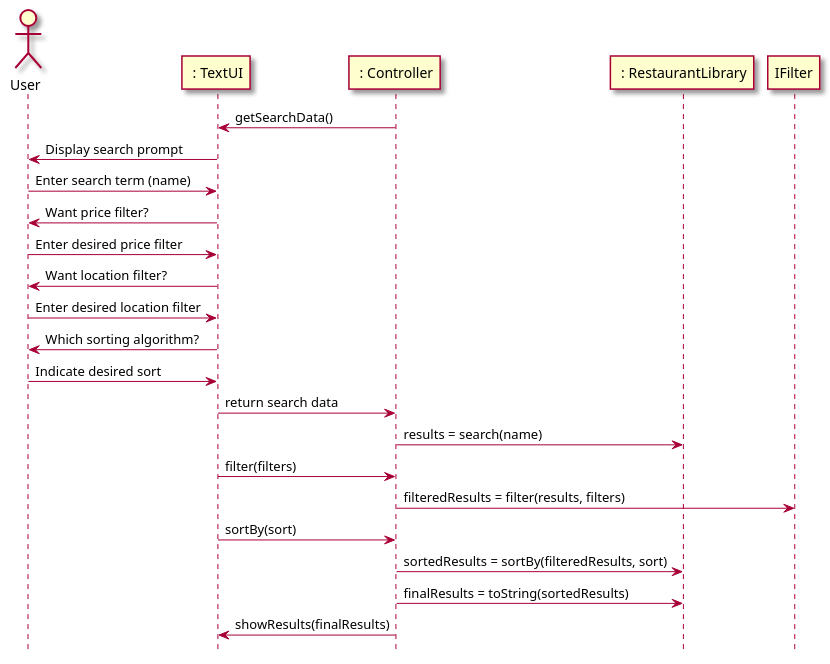
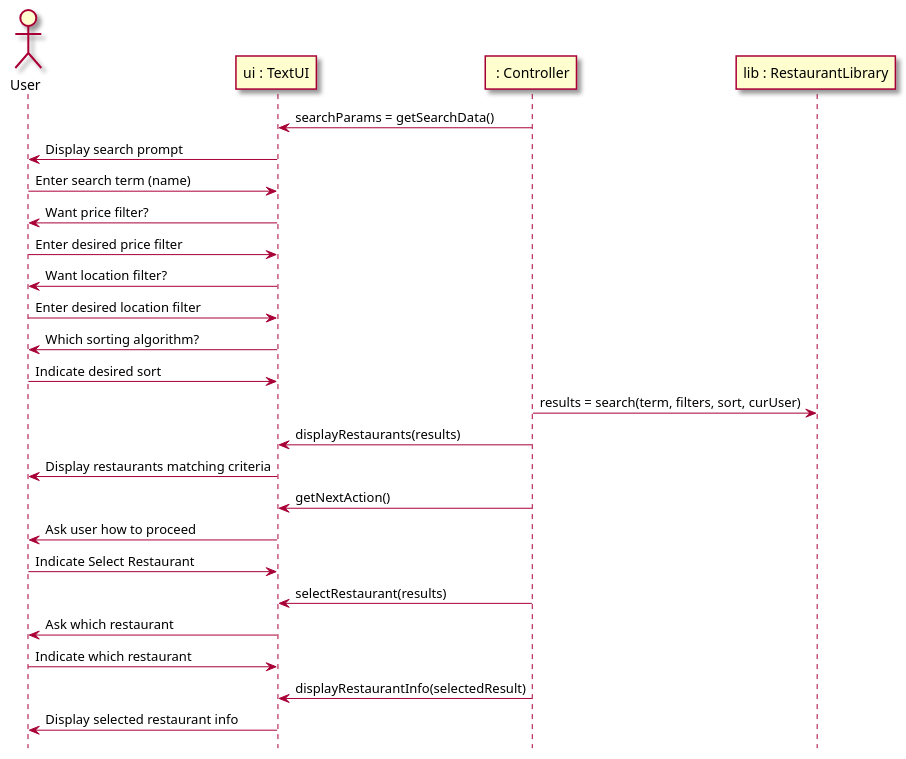
The first of 3 diagrams in intellij/doc/design.md (tanwasp/LunchBox-Android), drawn with PlantUML before and after one commit. The commit also changed other lines of this file and 1 other file, not shown here.

Commit message:
Sequence diagrams

````diff
--- a/intellij/doc/design.md
+++ b/intellij/doc/design.md
@@ -5,31 +5,33 @@
 ```plantuml
 @startuml
 hide footbox
 skin rose
 
 actor User as user
-participant " : TextUI" as ui
+participant "ui : TextUI" as ui
 participant " : Controller" as controller
-participant " : RestaurantLibrary" as lib
+participant "lib : RestaurantLibrary" as lib
 
-controller -> ui: getSearchData()
+controller -> ui: searchParams = getSearchData()
 ui -> user : Display search prompt
 user -> ui : Enter search term (name)
 ui -> user : Want price filter?
 user -> ui : Enter desired price filter
 ui -> user : Want location filter?
 user -> ui : Enter desired location filter
 ui -> user : Which sorting algorithm?
 user -> ui : Indicate desired sort
-ui -> controller: return search data
-
-controller -> lib : results = search(name)
-ui -> controller : filter(filters)
-controller -> IFilter : filteredResults = filter(results, filters)
-ui -> controller : sortBy(sort)
-controller -> lib : sortedResults = sortBy(filteredResults, sort)
-controller -> lib : finalResults = toString(sortedResults)
-controller -> ui : showResults(finalResults)
+controller -> lib : results = search(term, filters, sort, curUser)
+controller -> ui : displayRestaurants(results)
+ui -> user : Display restaurants matching criteria
+controller -> ui : getNextAction()
+ui -> user : Ask user how to proceed
+user -> ui : Indicate Select Restaurant
+controller -> ui : selectRestaurant(results)
+ui -> user : Ask which restaurant
+user -> ui : Indicate which restaurant
+controller -> ui : displayRestaurantInfo(selectedResult)
+ui -> user : Display selected restaurant info
 
 @enduml
 ```
````
